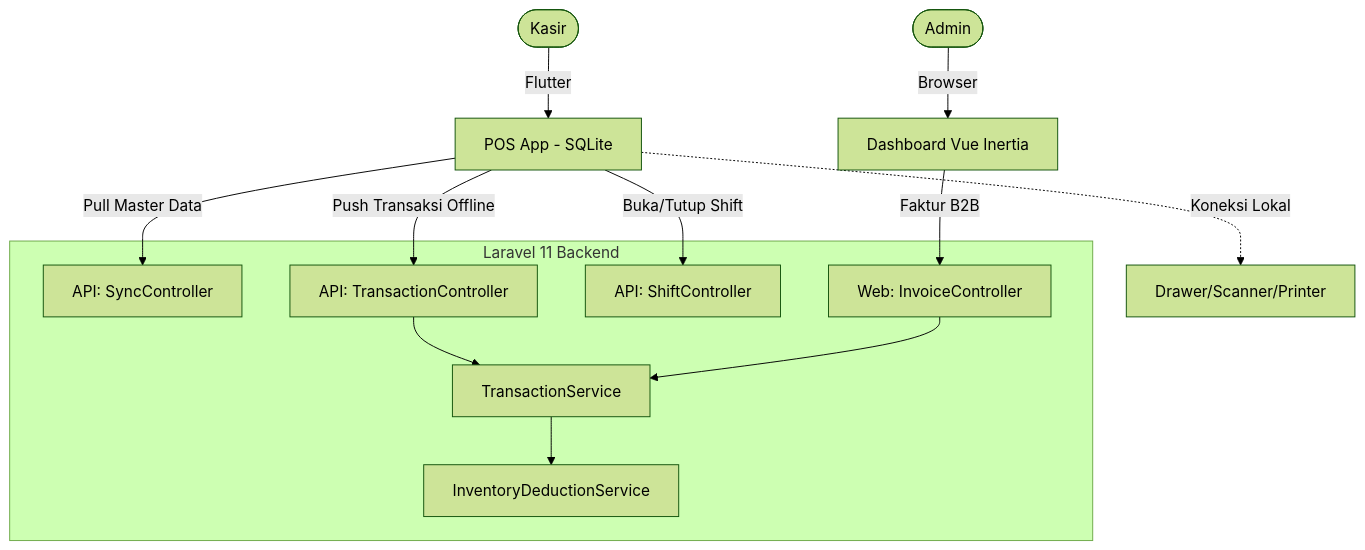
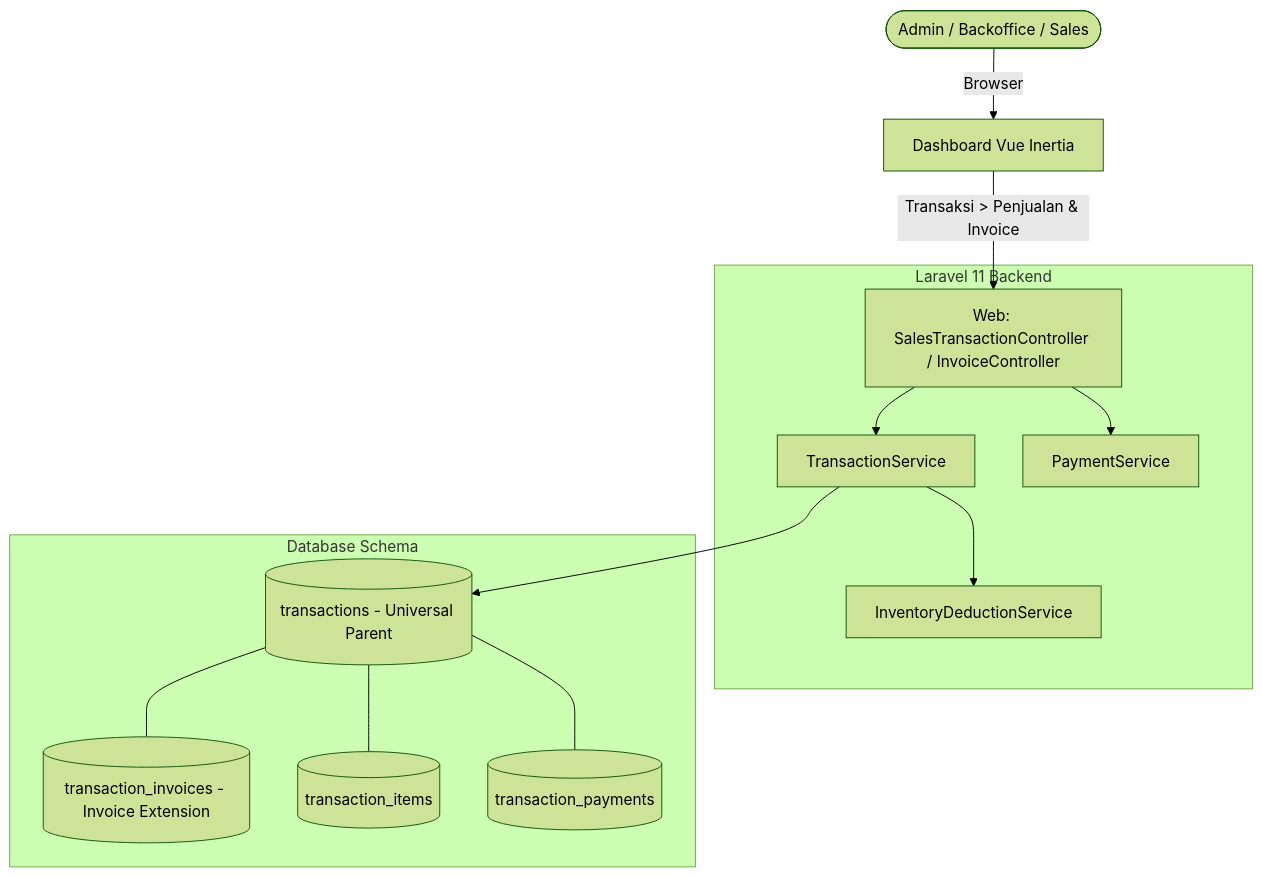
One commit to whykrr/sollu-app changed the diagram in prd/PRD Transaksi V1.md. Above: the diagram before and after it, drawn with Mermaid (forest theme). The commit also changed other lines of this file and 44 other files, not shown here.

Commit message:
feat: implement invoice management system with dedicated database tables and enhanced sales processing workflows

````diff
--- a/prd/PRD Transaksi V1.md
+++ b/prd/PRD Transaksi V1.md
@@ -111,25 +107,29 @@
 ```mermaid
 flowchart TD
-    Kasir([Kasir]) -->|Flutter| POSApp[POS App - SQLite]
-    Admin([Admin]) -->|Browser| Dashboard[Dashboard Vue Inertia]
+    Admin([Admin / Backoffice / Sales]) -->|Browser| Dashboard[Dashboard Vue Inertia]
 
     subgraph Backend [Laravel 11 Backend]
-        ApiSync[API: SyncController]
-        ApiTrans[API: TransactionController]
-        ApiShift[API: ShiftController]
-        WebInvoice[Web: InvoiceController]
+        WebSales[Web: SalesTransactionController / InvoiceController]
         TS[TransactionService]
         IS[InventoryDeductionService]
+        PS[PaymentService]
     end
 
-    POSApp -->|Pull Master Data| ApiSync
-    POSApp -->|Push Transaksi Offline| ApiTrans
-    POSApp -->|Buka/Tutup Shift| ApiShift
-    POSApp -.->|Koneksi Lokal| Hardware[Drawer/Scanner/Printer]
+    subgraph Database [Database Schema]
+        ParentTrx[(transactions - Universal Parent)]
+        ChildInvoice[(transaction_invoices - Invoice Extension)]
+        TrxItems[(transaction_items)]
+        TrxPayments[(transaction_payments)]
+    end
 
-    Dashboard -->|Faktur B2B| WebInvoice
+    Dashboard -->|Transaksi > Penjualan & Invoice| WebSales
 
-    ApiTrans --> TS
-    WebInvoice --> TS
+    WebSales --> TS
+    WebSales --> PS
     TS --> IS
+
+    TS --> ParentTrx
+    ParentTrx --- ChildInvoice
+    ParentTrx --- TrxItems
+    ParentTrx --- TrxPayments
 ```
````
